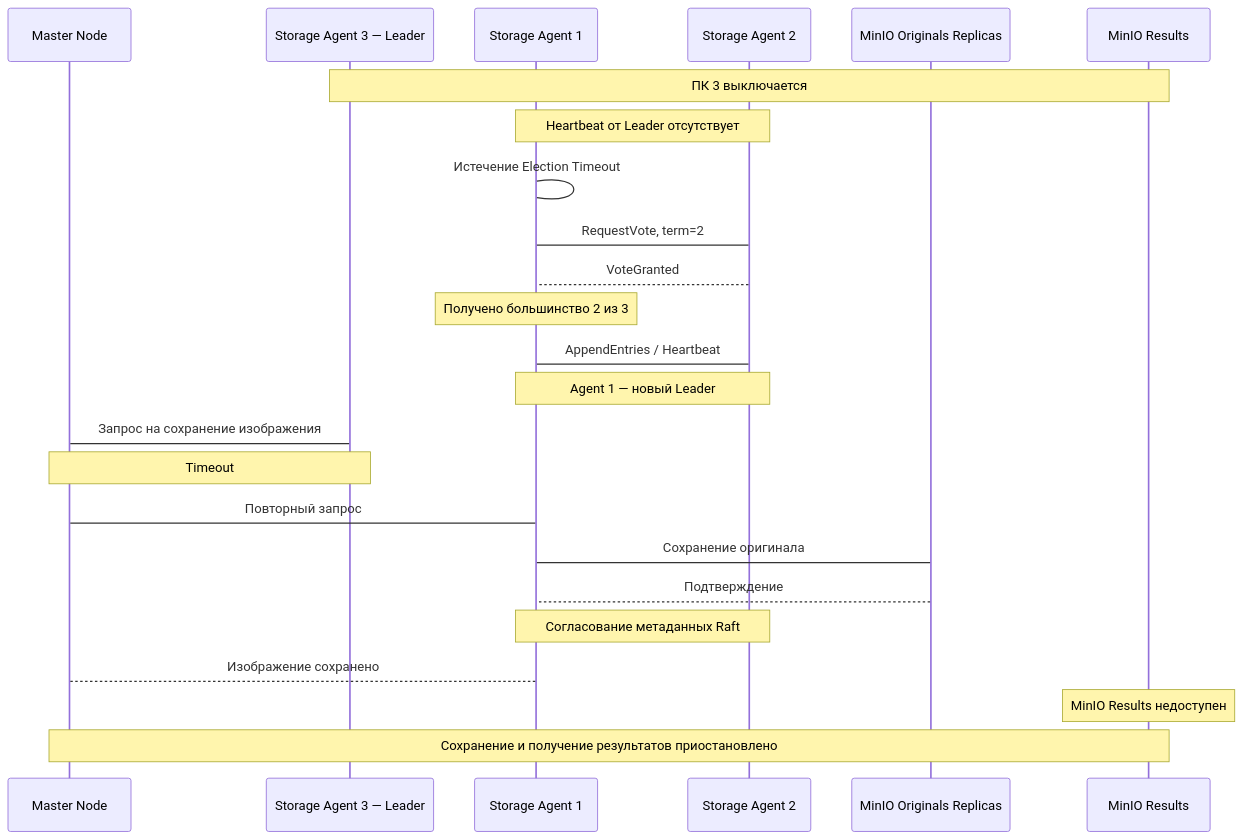
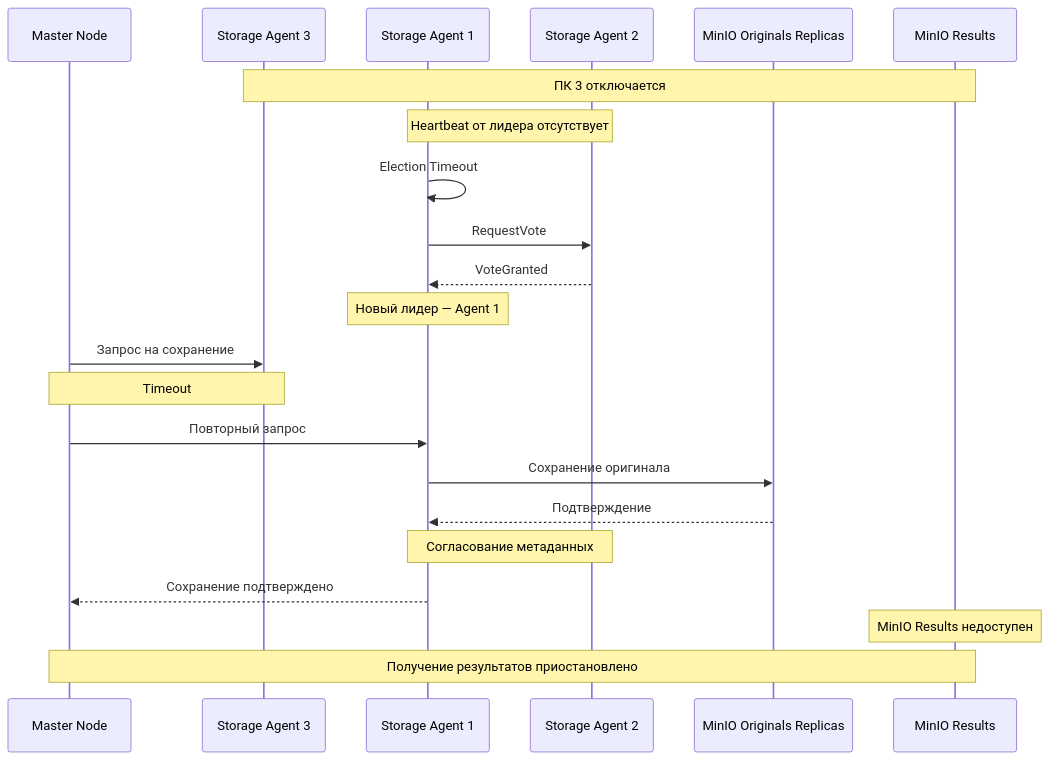
Diagram 11 of 12 in docs/tr.md (spbu-ds-practicum-2026/vibeflow), drawn with Mermaid before and after one commit. The commit also changed other lines of this file, not shown here.

````diff
--- a/docs/tr.md
+++ b/docs/tr.md
@@ -503,30 +709,28 @@
 ```mermaid
 sequenceDiagram
     participant M as Master Node
-    participant A3 as Storage Agent 3 — Leader
+    participant A3 as Storage Agent 3
     participant A1 as Storage Agent 1
     participant A2 as Storage Agent 2
     participant O as MinIO Originals Replicas
     participant R as MinIO Results
 
-    Note over A3,R: ПК 3 выключается
-    Note over A1,A2: Heartbeat от Leader отсутствует
+    Note over A3,R: ПК 3 отключается
+    Note over A1,A2: Heartbeat от лидера отсутствует
 
-    A1->A1: Истечение Election Timeout
-    A1->A2: RequestVote, term=2
-    A2-->A1: VoteGranted
-    Note over A1: Получено большинство 2 из 3
-    A1->A2: AppendEntries / Heartbeat
-    Note over A1,A2: Agent 1 — новый Leader
+    A1->>A1: Election Timeout
+    A1->>A2: RequestVote
+    A2-->>A1: VoteGranted
+    Note over A1: Новый лидер — Agent 1
 
-    M->A3: Запрос на сохранение изображения
+    M->>A3: Запрос на сохранение
     Note over M,A3: Timeout
-    M->A1: Повторный запрос
-    A1->O: Сохранение оригинала
-    O-->A1: Подтверждение
-    Note over A1,A2: Согласование метаданных Raft
-    A1-->M: Изображение сохранено
+    M->>A1: Повторный запрос
+    A1->>O: Сохранение оригинала
+    O-->>A1: Подтверждение
+    Note over A1,A2: Согласование метаданных
+    A1-->>M: Сохранение подтверждено
 
     Note over R: MinIO Results недоступен
-    Note over M,R: Сохранение и получение результатов приостановлено
+    Note over M,R: Получение результатов приостановлено
 ```
````
